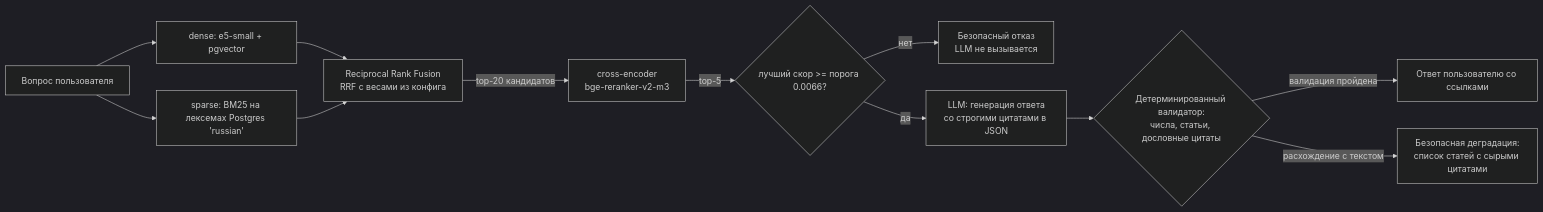
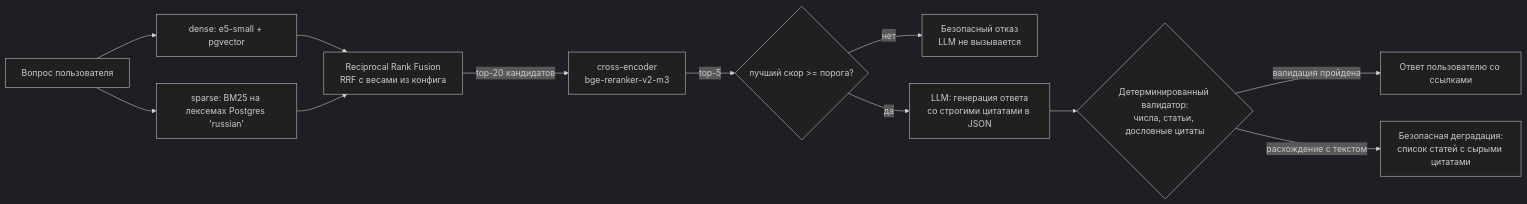
One commit to DelixeamI/hybrid-rag changed the diagram in README.md. Above: the diagram before and after it, drawn with Mermaid (dark theme). The commit also changed other lines of this file and 1 other file, not shown here.

````diff
--- a/README.md
+++ b/README.md
@@ -35,14 +35,14 @@
 ```mermaid
 flowchart LR
     Q[Вопрос пользователя] --> D[dense: e5-small + pgvector]
     Q --> S[sparse: BM25 на лексемах Postgres 'russian']
     D --> R[Reciprocal Rank Fusion<br/>RRF с весами из конфига]
     S --> R
     R -->|top-20 кандидатов| X[cross-encoder<br/>bge-reranker-v2-m3]
-    X -->|top-5| T{лучший скор >= порога 0.0066?}
+    X -->|top-5| T{лучший скор >= порога?}
     T -->|нет| N[Безопасный отказ<br/>LLM не вызывается]
     T -->|да| L[LLM: генерация ответа<br/>со строгими цитатами в JSON]
     L --> V{Детерминированный валидатор:<br/>числа, статьи, дословные цитаты}
     V -->|валидация пройдена| A[Ответ пользователю со ссылками]
     V -->|расхождение с текстом| W[Безопасная деградация:<br/>список статей с сырыми цитатами]
 ```
````
